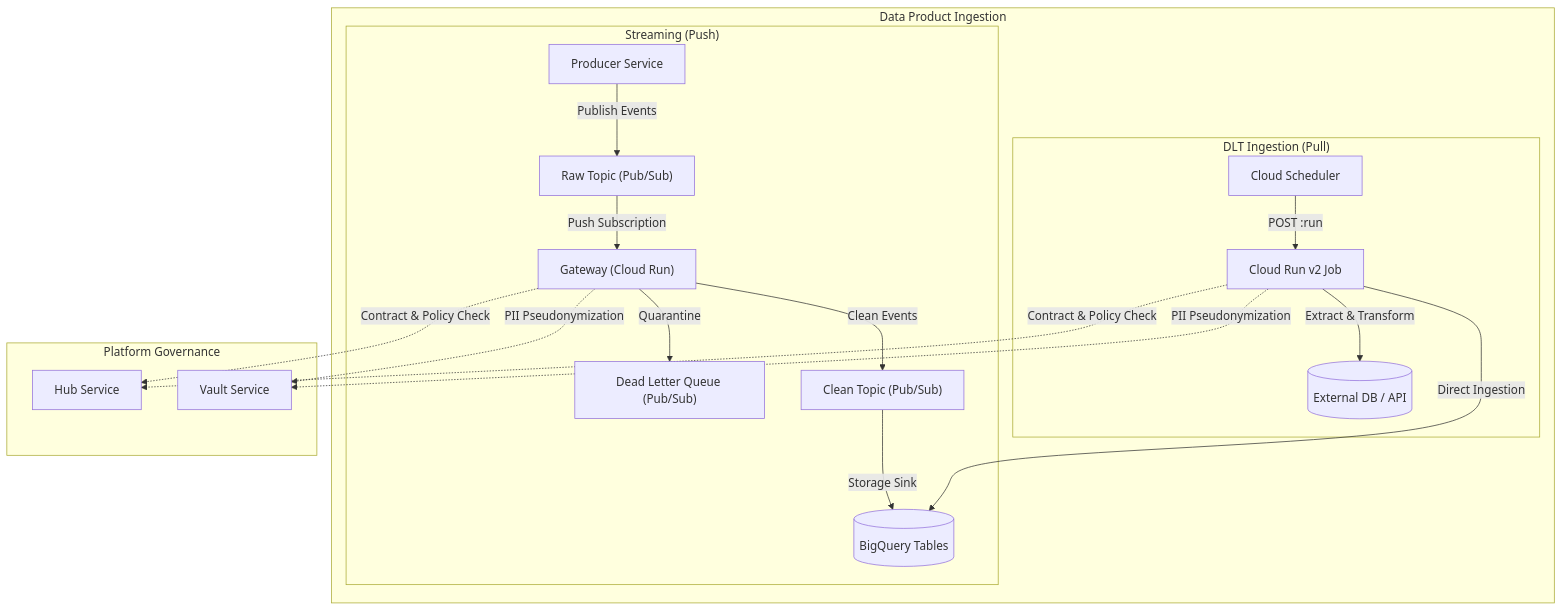
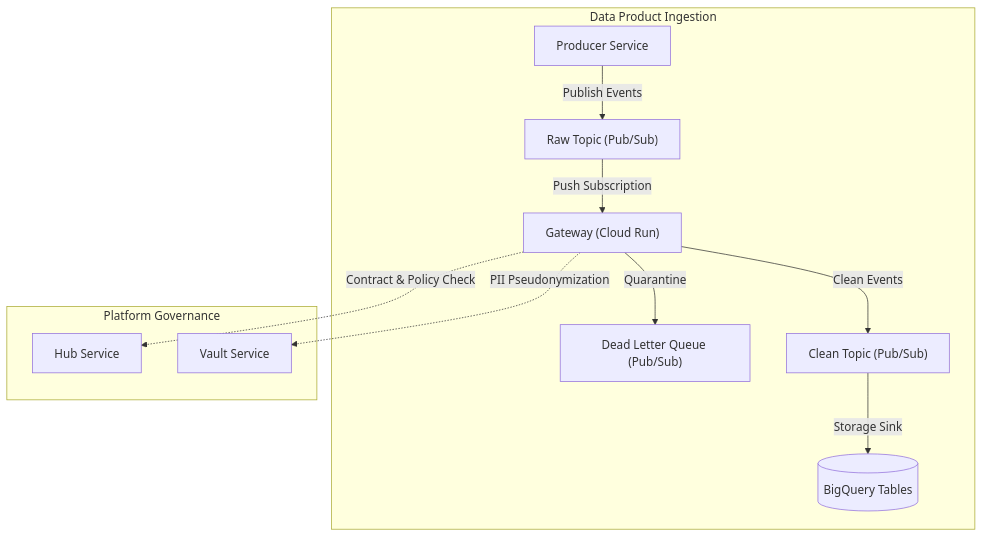
Before and after one commit to supercargo-dev/terraform-provider-supercargo: the diagram in docs/catalog/module-data_product.md, drawn with Mermaid. The commit also changed other lines of this file, not shown here.

````diff
--- a/docs/catalog/module-data_product.md
+++ b/docs/catalog/module-data_product.md
@@ -15,23 +15,14 @@
 ```mermaid
 flowchart TD
     subgraph Ingestion["Data Product Ingestion"]
-        subgraph Streaming["Streaming (Push)"]
-            Producer["Producer Service"] -->|Publish Events| RawTopic["Raw Topic (Pub/Sub)"]
-            RawTopic -->|Push Subscription| Gateway["Gateway (Cloud Run)"]
-            Gateway -->|Quarantine| DLQ["Dead Letter Queue (Pub/Sub)"]
-            Gateway -->|Clean Events| CleanTopic["Clean Topic (Pub/Sub)"]
-            CleanTopic -->|Storage Sink| BigQuery[("BigQuery Tables")]
-        end
-        subgraph BatchIngress["DLT Ingestion (Pull)"]
-            Sched["Cloud Scheduler"] -->|POST :run| DLTJob["Cloud Run v2 Job"]
-            DLTJob -->|Extract & Transform| ExternalSource[("External DB / API")]
-            DLTJob -->|Direct Ingestion| BigQuery
-        end
+        Producer["Producer Service"] -->|Publish Events| RawTopic["Raw Topic (Pub/Sub)"]
+        RawTopic -->|Push Subscription| Gateway["Gateway (Cloud Run)"]
+        Gateway -->|Quarantine| DLQ["Dead Letter Queue (Pub/Sub)"]
+        Gateway -->|Clean Events| CleanTopic["Clean Topic (Pub/Sub)"]
+        CleanTopic -->|Storage Sink| BigQuery[("BigQuery Tables")]
     end
     subgraph Governance["Platform Governance"]
         Gateway -.->|Contract & Policy Check| Hub["Hub Service"]
         Gateway -.->|PII Pseudonymization| Vault["Vault Service"]
-        DLTJob -.->|Contract & Policy Check| Hub
-        DLTJob -.->|PII Pseudonymization| Vault
     end
 ```
````
